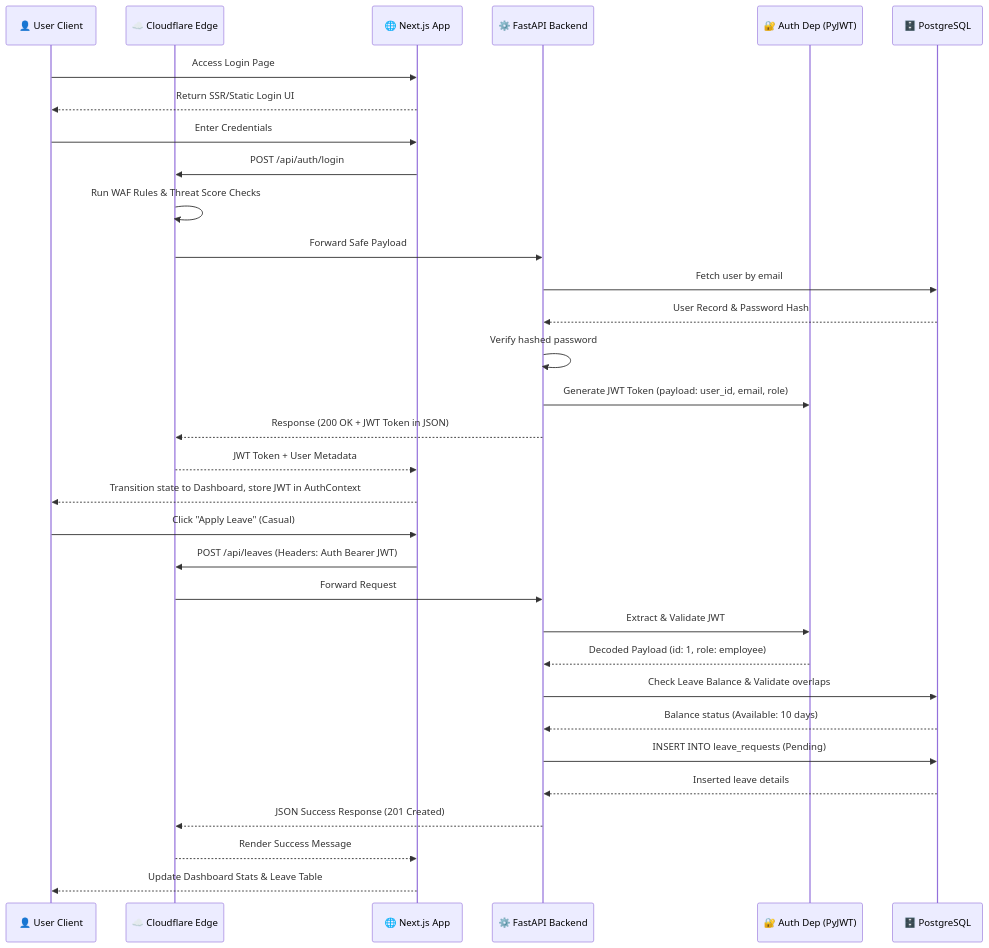
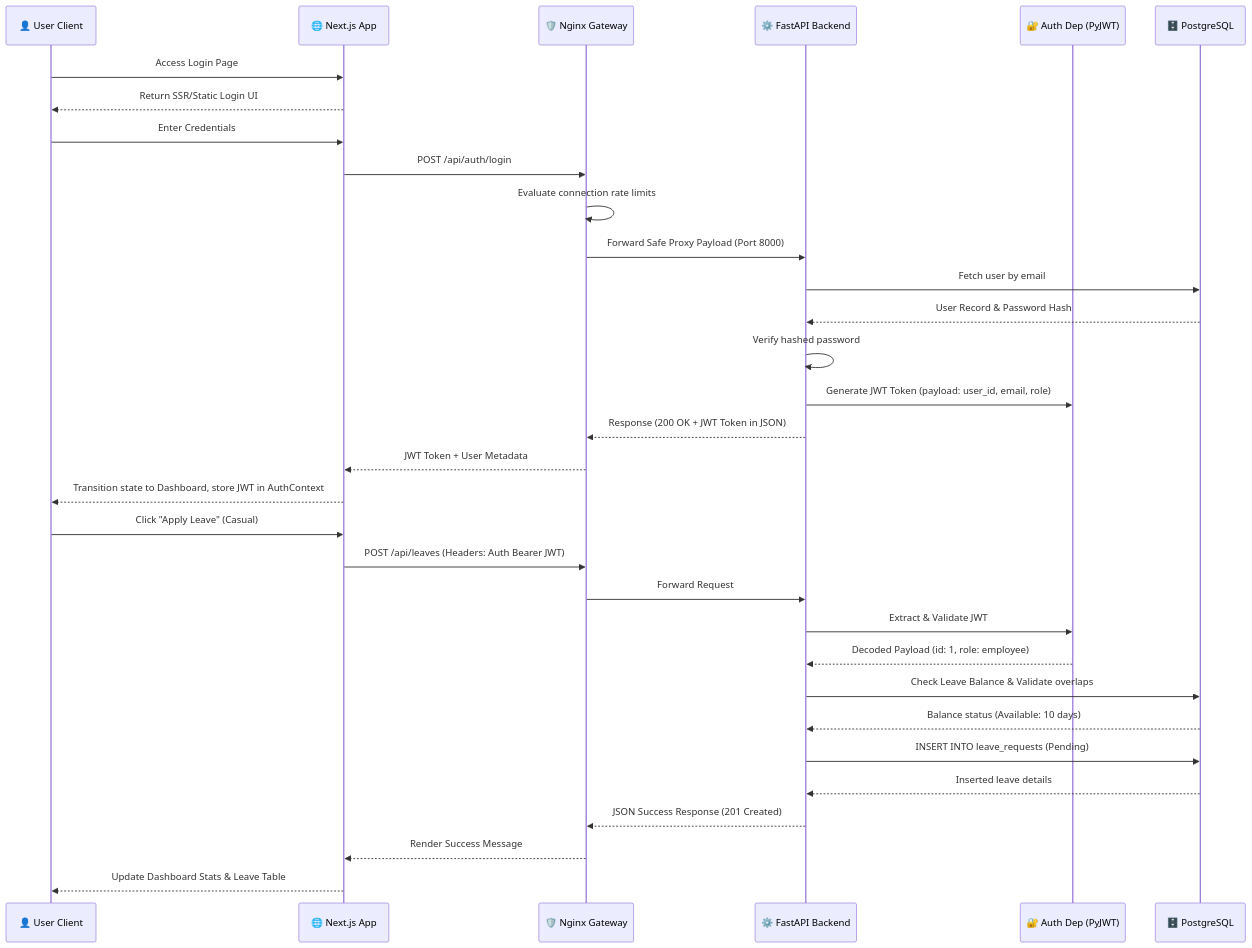
The third of 3 diagrams in docs/02-TRD.md (algorithnicmind/Bookflow-management), drawn with Mermaid before and after one commit. The commit also changed other lines of this file and 1 other file, not shown here.

````diff
--- a/docs/02-TRD.md
+++ b/docs/02-TRD.md
@@ -138,36 +137,36 @@
 ```mermaid
 sequenceDiagram
     participant U as 👤 User Client
-    participant CF as ☁️ Cloudflare Edge
     participant FE as 🌐 Next.js App
+    participant GW as 🛡️ Nginx Gateway
     participant BE as ⚙️ FastAPI Backend
     participant JWT as 🔐 Auth Dep (PyJWT)
     participant DB as 🗄️ PostgreSQL
     
     U->>FE: Access Login Page
     FE-->>U: Return SSR/Static Login UI
     U->>FE: Enter Credentials
-    FE->>CF: POST /api/auth/login
-    CF->>CF: Run WAF Rules & Threat Score Checks
-    CF->>BE: Forward Safe Payload
+    FE->>GW: POST /api/auth/login
+    GW->>GW: Evaluate connection rate limits
+    GW->>BE: Forward Safe Proxy Payload (Port 8000)
     BE->>DB: Fetch user by email
     DB-->>BE: User Record & Password Hash
     BE->>BE: Verify hashed password
     BE->>JWT: Generate JWT Token (payload: user_id, email, role)
-    BE-->>CF: Response (200 OK + JWT Token in JSON)
-    CF-->>FE: JWT Token + User Metadata
+    BE-->>GW: Response (200 OK + JWT Token in JSON)
+    GW-->>FE: JWT Token + User Metadata
     FE-->>U: Transition state to Dashboard, store JWT in AuthContext
     
     U->>FE: Click "Apply Leave" (Casual)
-    FE->>CF: POST /api/leaves (Headers: Auth Bearer JWT)
-    CF->>BE: Forward Request
+    FE->>GW: POST /api/leaves (Headers: Auth Bearer JWT)
+    GW->>BE: Forward Request
     BE->>JWT: Extract & Validate JWT
     JWT-->>BE: Decoded Payload (id: 1, role: employee)
     BE->>DB: Check Leave Balance & Validate overlaps
     DB-->>BE: Balance status (Available: 10 days)
     BE->>DB: INSERT INTO leave_requests (Pending)
     DB-->>BE: Inserted leave details
-    BE-->>CF: JSON Success Response (201 Created)
-    CF-->>FE: Render Success Message
+    BE-->>GW: JSON Success Response (201 Created)
+    GW-->>FE: Render Success Message
     FE-->>U: Update Dashboard Stats & Leave Table
 ```
````
